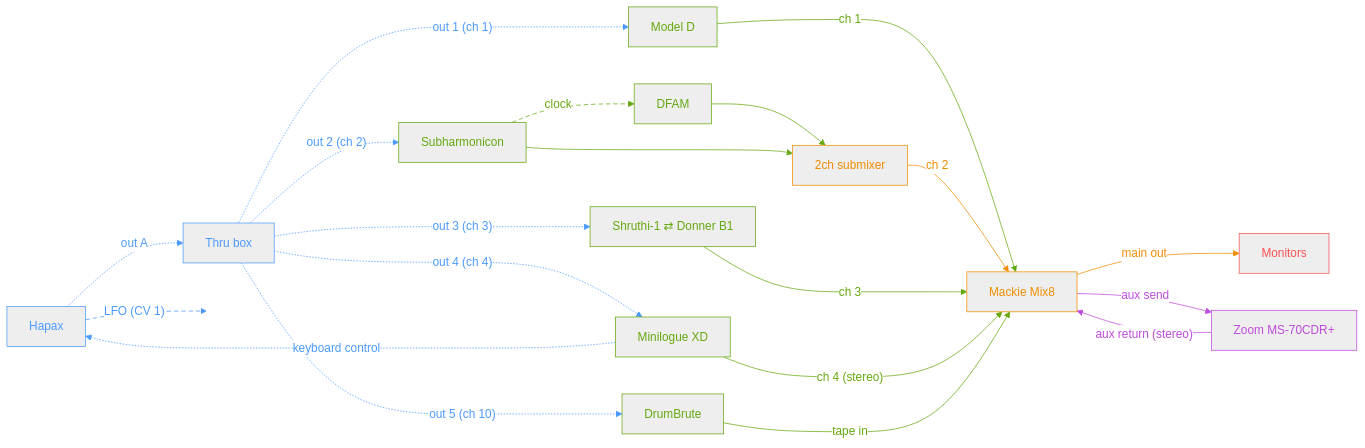
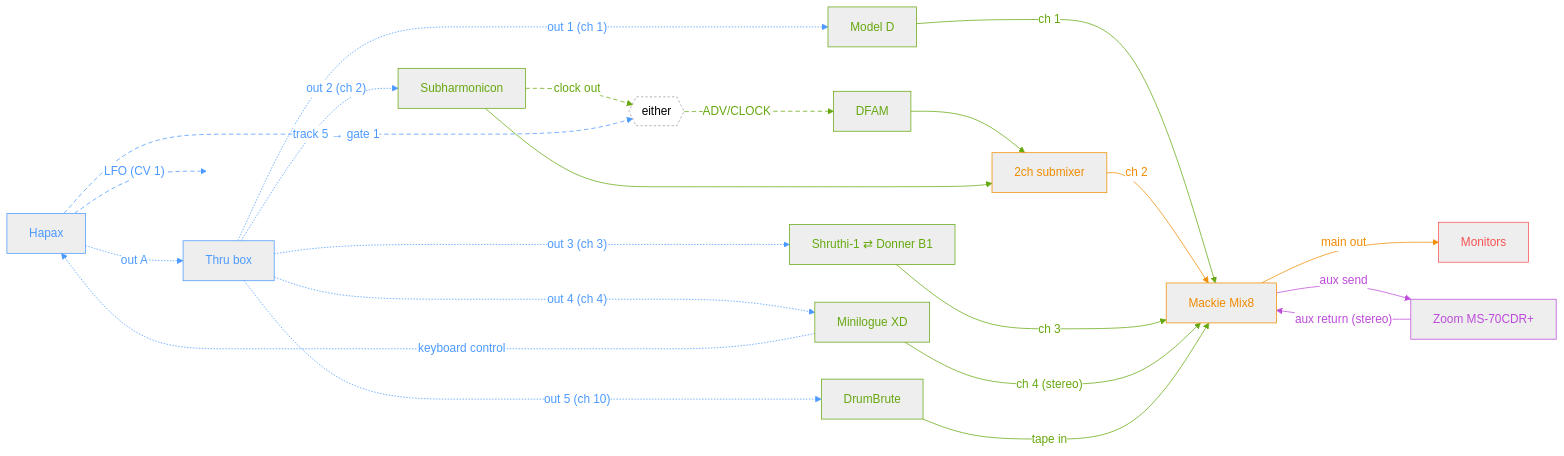
Before and after one commit to saponace/synth-setup: the diagram in README.md, drawn with Mermaid.

Commit message:
add dfam input

````diff
--- a/README.md
+++ b/README.md
@@ -1,76 +1,82 @@
 ```mermaid
 ---
 config:
   theme: neutral
 ---
 flowchart LR
     %% ----- One color per logical section; line style = signal type -----
     classDef sequencer stroke:#4c9aff,color:#4c9aff
     classDef sequencerCV stroke:#4c9aff,color:#4c9aff,stroke-dasharray: 6 4
     classDef synths stroke:#66a80f,color:#66a80f
     classDef synthsCV stroke:#66a80f,color:#66a80f,stroke-dasharray: 6 4
     classDef mixer stroke:#f08c00,color:#f08c00
     classDef fx stroke:#be4bdb,color:#be4bdb
     classDef monitoring stroke:#fa5252,color:#fa5252
 
     %% ===== Sequencer brain =====
     HAPAX["Hapax"]:::sequencer
     SPLIT["Thru box"]:::sequencer
     SPARECV[" "]
     style SPARECV fill:none,stroke:none
 
     %% ===== Synths =====
     MODELD["Model D"]:::synths
     SUBH["Subharmonicon"]:::synths
     SWAP["Shruthi-1 ⇄ Donner B1"]:::synths
     XD["Minilogue XD"]:::synths
     DBI["DrumBrute"]:::synths
     DFAM["DFAM"]:::synths
+    %% patch point, not a device: only one clock cable is plugged at a time
+    CLKSEL{{"either"}}
+    style CLKSEL fill:none,stroke-dasharray: 3 3
 
     %% ===== Mixer / send  =====
     SUBMIX["2ch submixer"]:::mixer
     MIX["Mackie Mix8"]:::mixer
     MON["Monitors"]:::monitoring
     ZOOM["Zoom MS-70CDR+"]:::fx
 
     %% ----- MIDI links (dotted) -----
     HAPAX midi0@-. "out A" .-> SPLIT
     SPLIT midi1@-. "out 1 (ch 1)" .-> MODELD
     SPLIT midi5@-. "out 2 (ch 2)" .-> SUBH
     SPLIT midi3@-. "out 3 (ch 3)" .-> SWAP
     SPLIT midi4@-. "out 4 (ch 4)" .-> XD
     SPLIT midi2@-. "out 5 (ch 10)" .-> DBI
     XD midi6@-. "keyboard control" .-> HAPAX
     class midi0,midi1,midi2,midi3,midi4,midi5,midi6 sequencer
 
     %% ----- CV/Gate/Clock links (dashed) -----
     HAPAX cv1@-- "LFO (CV 1)" --> SPARECV
     class cv1 sequencerCV
 
-    SUBH clk1@-- "clock" --> DFAM
-    class clk1 synthsCV
+    SUBH clk1@-- "clock out" --> CLKSEL
+    HAPAX clk2@-- "track 5 → gate 1" --> CLKSEL
+    CLKSEL clk3@-- "ADV/CLOCK" --> DFAM
+    class clk1,clk3 synthsCV
+    class clk2 sequencerCV
 
     %% ----- Audio links (solid) -----
     %% (~~~ invisible links keep the six synths column-aligned despite
     %% DFAM/Subharmonicon reaching the mixer via the submixer)
     MODELD ~~~ SUBMIX
     DFAM audio1@--> SUBMIX
     MODELD audio3@-- "ch 1" --> MIX
     SUBH audio2@--> SUBMIX
     SUBMIX audio4@-- "ch 2" --> MIX
     SWAP audio5@-- "ch 3" --> MIX
     XD audio6@-- "ch 4 (stereo)" --> MIX
     DBI audio7@-- "tape in" --> MIX
     SWAP ~~~ SUBMIX
     XD ~~~ SUBMIX
     DBI ~~~ SUBMIX
     class audio1,audio2,audio3,audio5,audio6,audio7 synths
     class audio4 mixer
 
     MIX out@-- "main out" --> MON
     class out mixer
 
     MIX fxSend@-- "aux send" --> ZOOM
     ZOOM fxReturn@-- "aux return (stereo)" --> MIX
     class fxSend,fxReturn fx
 ```
````
